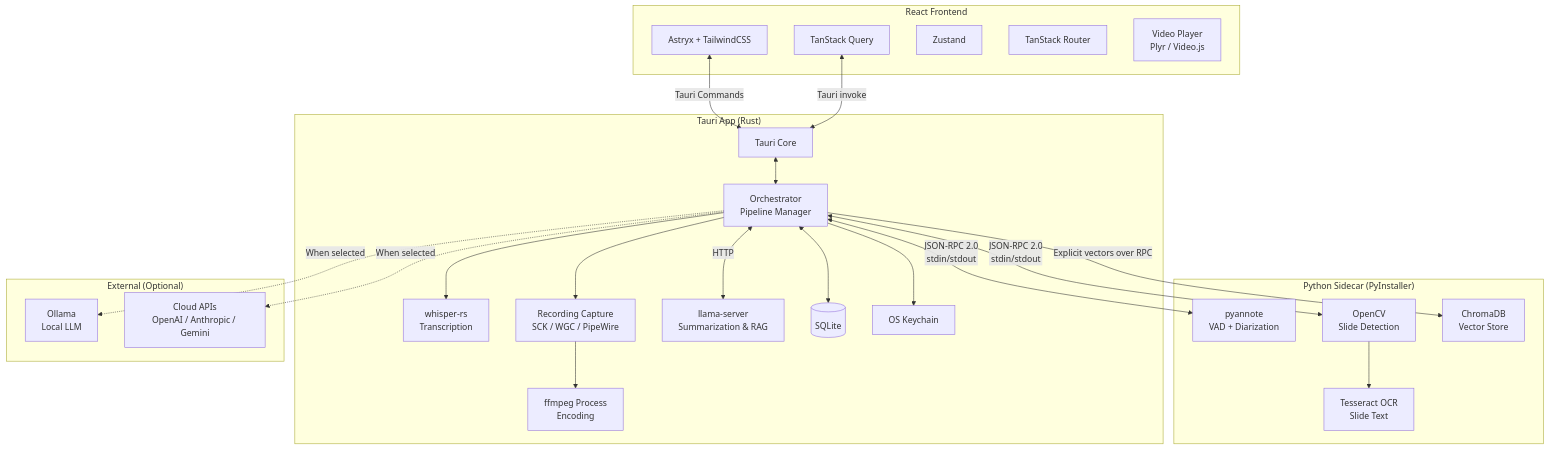
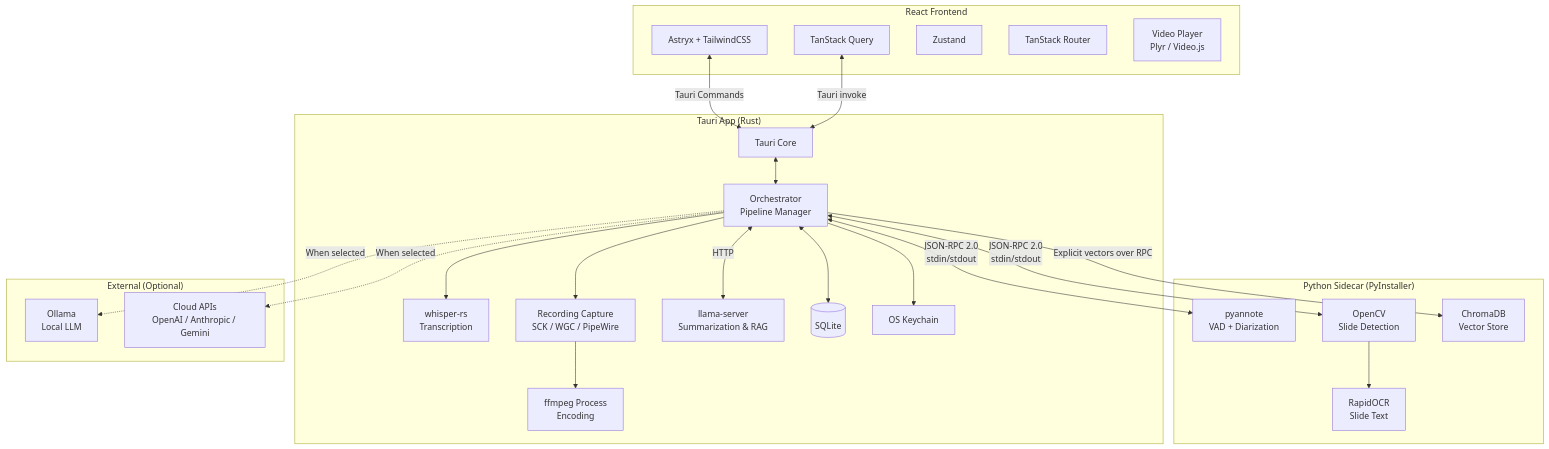
Before and after one commit to Astral420/Locus: the first of 3 diagrams in docs/plans/DESIGN.md, drawn with Mermaid. The commit also changed other lines of this file and 17 other files, not shown here.

Commit message:
stripped off TesseractOCR completely,replacing with RapidOCR instead

````diff
--- a/docs/plans/DESIGN.md
+++ b/docs/plans/DESIGN.md
@@ -32,49 +32,49 @@
 ```mermaid
 graph TB
     subgraph "Tauri App (Rust)"
         TC[Tauri Core]
         WR[whisper-rs<br/>Transcription]
         RC[Recording Capture<br/>SCK / WGC / PipeWire]
         FF[ffmpeg Process<br/>Encoding]
         ORC[Orchestrator<br/>Pipeline Manager]
         LLM[llama-server<br/>Summarization & RAG]
         DB[(SQLite)]
         KC[OS Keychain]
     end
 
     subgraph "React Frontend"
         UI[Astryx + TailwindCSS]
         TQ[TanStack Query]
         ZS[Zustand]
         TR[TanStack Router]
         VP[Video Player<br/>Plyr / Video.js]
     end
 
     subgraph "Python Sidecar (PyInstaller)"
         PA[pyannote<br/>VAD + Diarization]
         CV[OpenCV<br/>Slide Detection]
-        TS[Tesseract OCR<br/>Slide Text]
+        TS[RapidOCR<br/>Slide Text]
         CHR[ChromaDB<br/>Vector Store]
     end
 
     subgraph "External (Optional)"
         OL[Ollama<br/>Local LLM]
         CL[Cloud APIs<br/>OpenAI / Anthropic / Gemini]
     end
 
     UI <-->|Tauri Commands| TC
     TC <--> ORC
     ORC --> WR
     ORC --> RC
     RC --> FF
     ORC <-->|JSON-RPC 2.0<br/>stdin/stdout| PA
     ORC <-->|JSON-RPC 2.0<br/>stdin/stdout| CV
     ORC <-->|HTTP| LLM
     ORC -->|Explicit vectors over RPC| CHR
     CV --> TS
     ORC <--> DB
     ORC --> KC
     ORC -.->|When selected| OL
     ORC -.->|When selected| CL
     TQ <-->|Tauri invoke| TC
 ```
````
